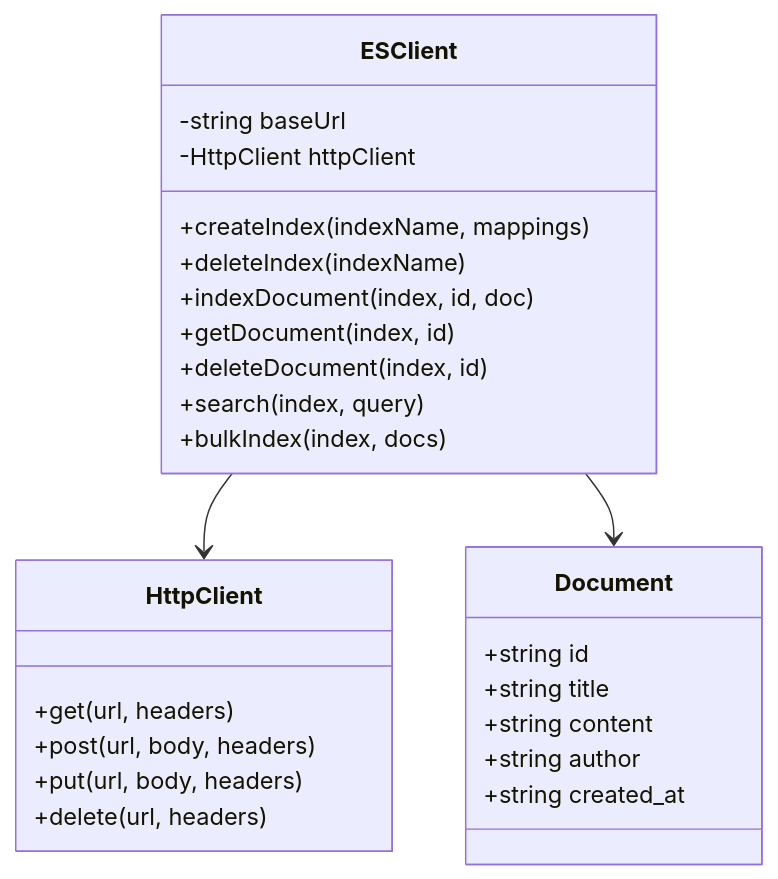
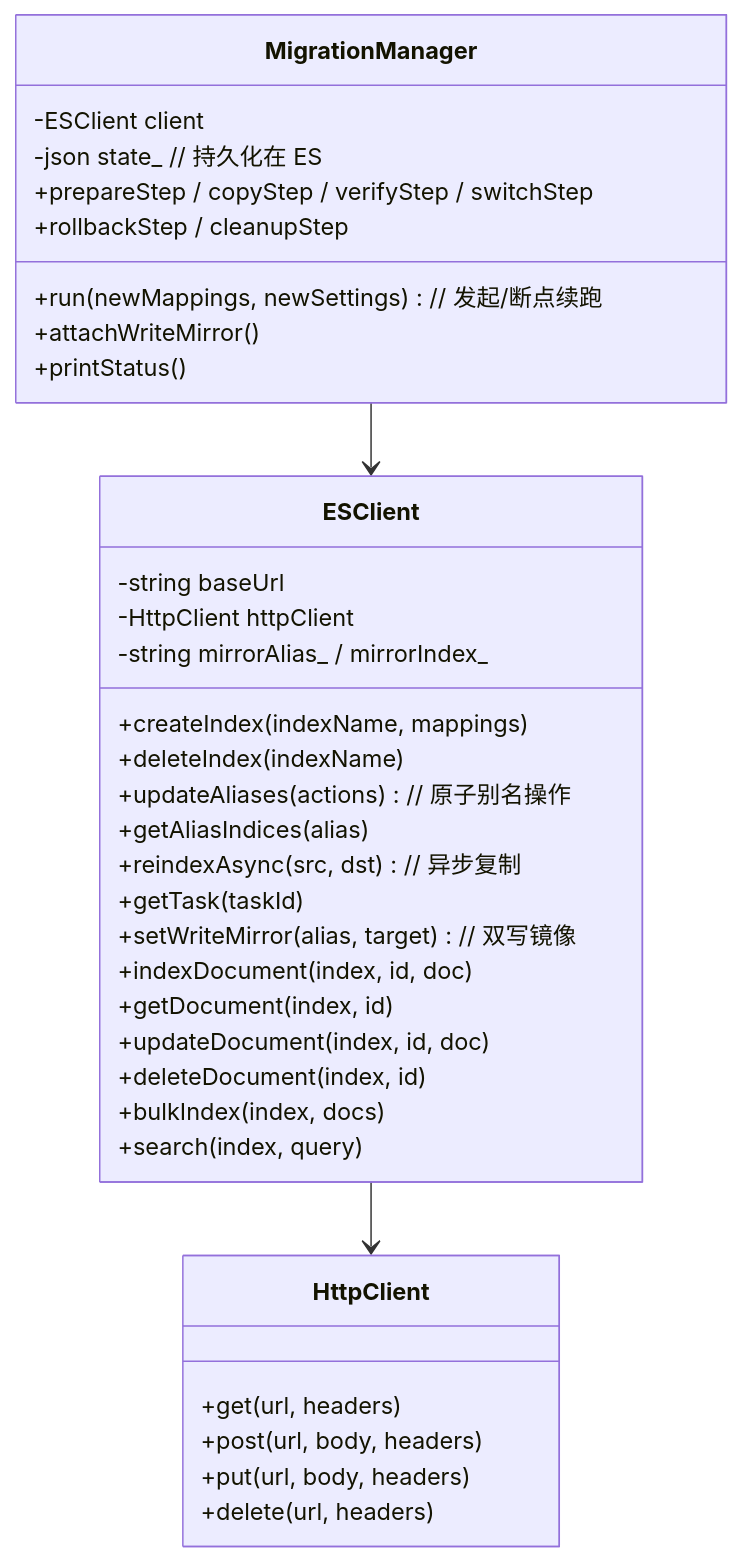
The second of 2 diagrams in docs/project_design.md (zhanglei10281852-gif/cc-091003-q002-es-migration), drawn with Mermaid before and after one commit. The commit also changed other lines of this file and 9 other files, not shown here.

````diff
--- a/docs/project_design.md
+++ b/docs/project_design.md
@@ -28,32 +34,41 @@
 ```mermaid
 classDiagram
     class ESClient {
         -string baseUrl
         -HttpClient httpClient
+        -string mirrorAlias_ / mirrorIndex_
         +createIndex(indexName, mappings)
         +deleteIndex(indexName)
+        +updateAliases(actions)  // 原子别名操作
+        +getAliasIndices(alias)
+        +reindexAsync(src, dst)  // 异步复制
+        +getTask(taskId)
+        +setWriteMirror(alias, target)  // 双写镜像
         +indexDocument(index, id, doc)
         +getDocument(index, id)
+        +updateDocument(index, id, doc)
         +deleteDocument(index, id)
+        +bulkIndex(index, docs)
         +search(index, query)
-        +bulkIndex(index, docs)
+    }
+
+    class MigrationManager {
+        -ESClient client
+        -json state_  // 持久化在 ES
+        +run(newMappings, newSettings)  // 发起/断点续跑
+        +prepareStep / copyStep / verifyStep / switchStep
+        +rollbackStep / cleanupStep
+        +attachWriteMirror()
+        +printStatus()
     }
 
     class HttpClient {
         +get(url, headers)
         +post(url, body, headers)
         +put(url, body, headers)
         +delete(url, headers)
     }
 
-    class Document {
-        +string id
-        +string title
-        +string content
-        +string author
-        +string created_at
-    }
-
+    MigrationManager --> ESClient
     ESClient --> HttpClient
-    ESClient --> Document
 ```
````
